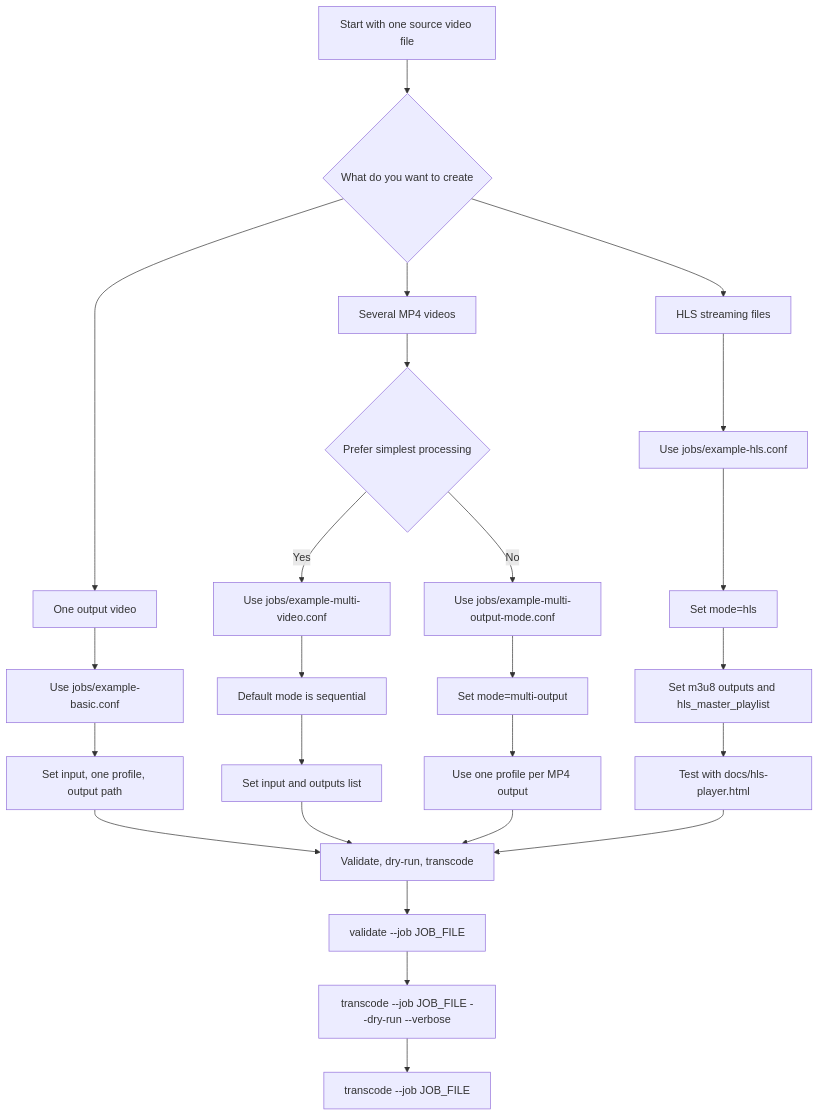
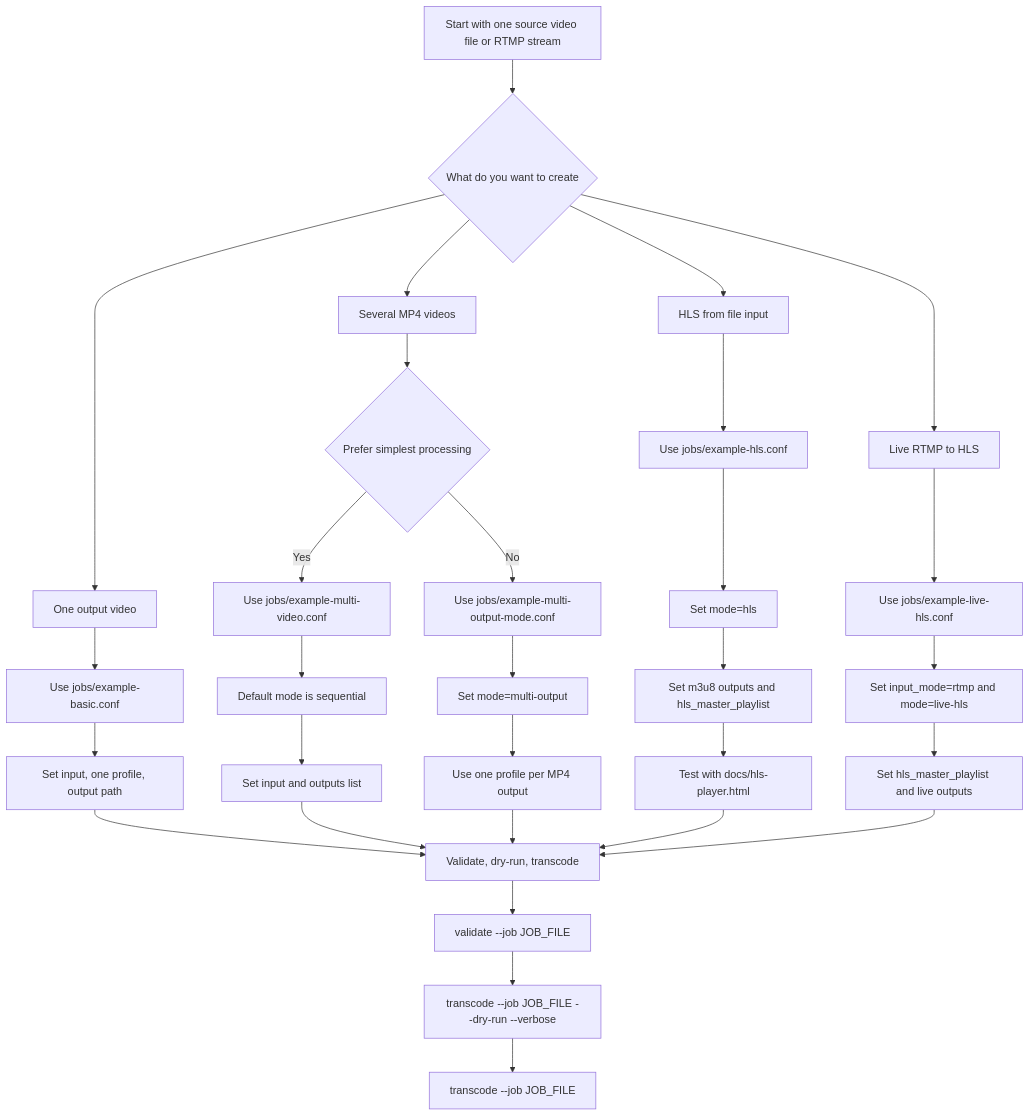
Before and after one commit to andrii2g/transcoder-tools: the diagram in docs/workflows.md, drawn with Mermaid. The commit also changed other lines of this file and 16 other files, not shown here.

Commit message:
RTMP to HLS

````diff
--- a/docs/workflows.md
+++ b/docs/workflows.md
@@ -7,32 +7,38 @@
 ```mermaid
 flowchart TD
-  A[Start with one source video file] --> B{What do you want to create}
+  A[Start with one source video file or RTMP stream] --> B{What do you want to create}
 
   B --> C[One output video]
   C --> C1[Use jobs/example-basic.conf]
   C1 --> C2[Set input, one profile, output path]
   C2 --> Z[Validate, dry-run, transcode]
 
   B --> D[Several MP4 videos]
   D --> D1{Prefer simplest processing}
   D1 -->|Yes| D2[Use jobs/example-multi-video.conf]
   D2 --> D3[Default mode is sequential]
   D3 --> D4[Set input and outputs list]
   D4 --> Z
 
   D1 -->|No| E[Use jobs/example-multi-output-mode.conf]
   E --> E1[Set mode=multi-output]
   E1 --> E2[Use one profile per MP4 output]
   E2 --> Z
 
-  B --> F[HLS streaming files]
+  B --> F[HLS from file input]
   F --> F1[Use jobs/example-hls.conf]
   F1 --> F2[Set mode=hls]
   F2 --> F3[Set m3u8 outputs and hls_master_playlist]
   F3 --> F4[Test with docs/hls-player.html]
   F4 --> Z
 
+  B --> L[Live RTMP to HLS]
+  L --> L1[Use jobs/example-live-hls.conf]
+  L1 --> L2[Set input_mode=rtmp and mode=live-hls]
+  L2 --> L3[Set hls_master_playlist and live outputs]
+  L3 --> Z
+
   Z --> Z1[validate --job JOB_FILE]
   Z1 --> Z2[transcode --job JOB_FILE --dry-run --verbose]
   Z2 --> Z3[transcode --job JOB_FILE]
 ```
````
